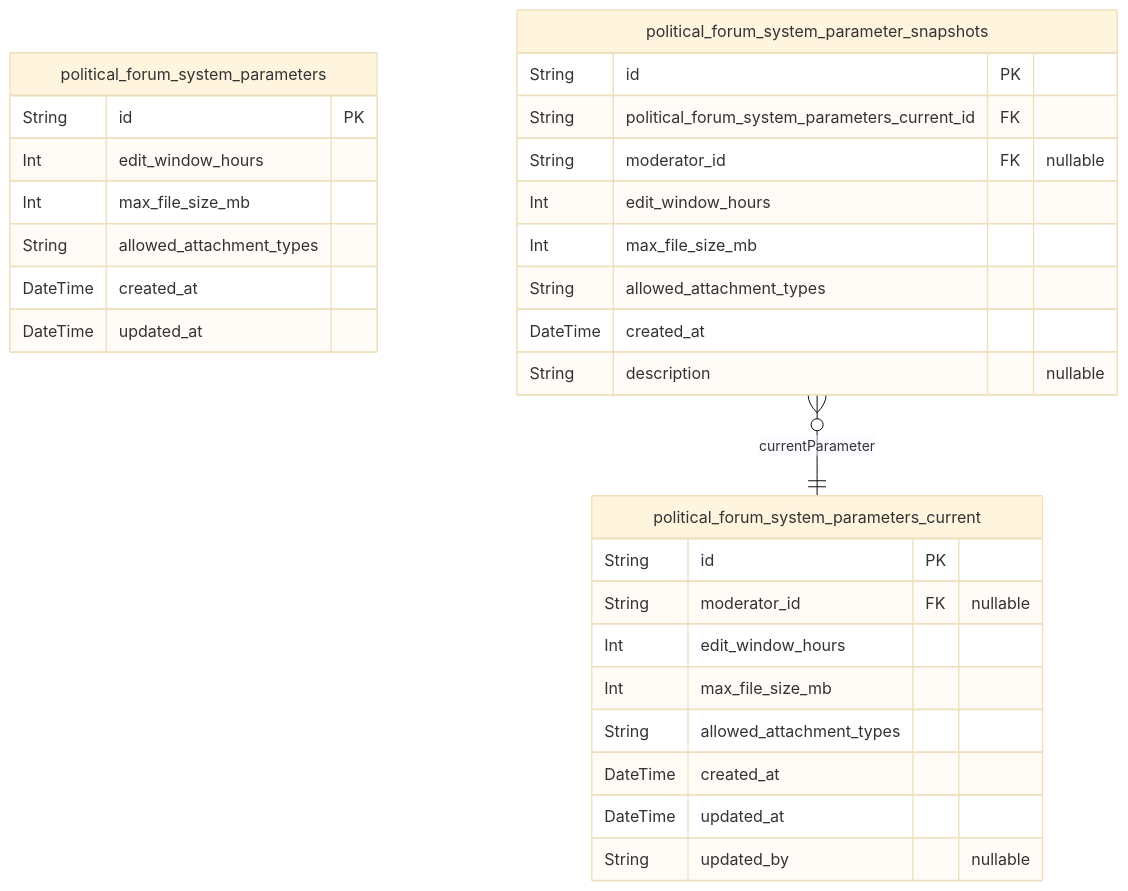
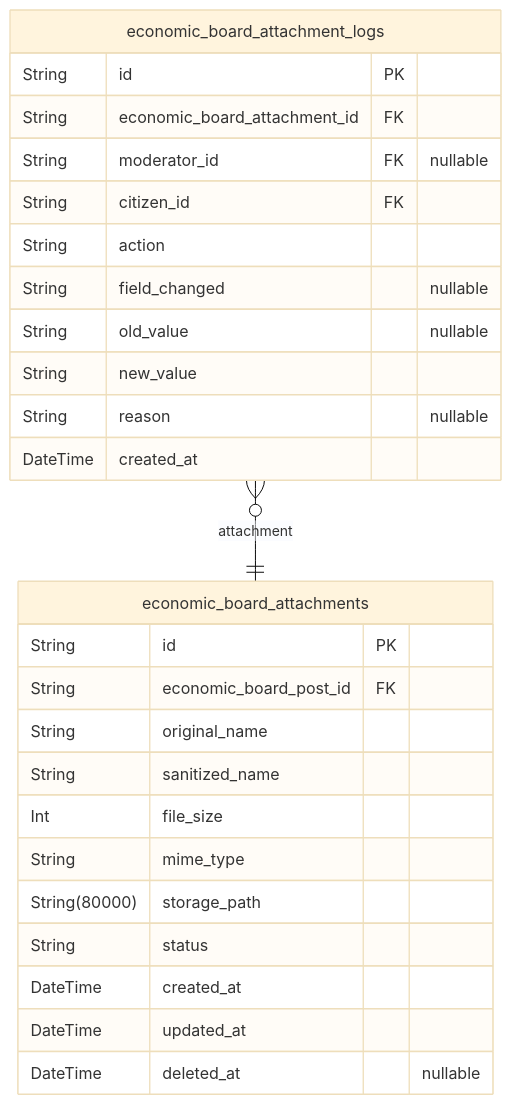
One commit to wrtnlabs/autobe-examples changed the fourth of 6 diagrams in qwen/qwen3-next-80b-a3b-instruct/bbs/docs/ERD.md. Above: the diagram before and after it, drawn with Mermaid (base theme). The commit also changed other lines of this file and 22498 other files, not shown here.

````diff
--- a/qwen/qwen3-next-80b-a3b-instruct/bbs/docs/ERD.md
+++ b/qwen/qwen3-next-80b-a3b-instruct/bbs/docs/ERD.md
@@ -596,32 +606,29 @@
 ```mermaid
 erDiagram
-"political_forum_system_parameters" {
+"economic_board_attachments" {
   String id PK
-  Int edit_window_hours
-  Int max_file_size_mb
-  String allowed_attachment_types
+  String economic_board_post_id FK
+  String original_name
+  String sanitized_name
+  Int file_size
+  String mime_type
+  String(80000) storage_path
+  String status
   DateTime created_at
   DateTime updated_at
+  DateTime deleted_at "nullable"
 }
-"political_forum_system_parameters_current" {
+"economic_board_attachment_logs" {
   String id PK
+  String economic_board_attachment_id FK
   String moderator_id FK "nullable"
-  Int edit_window_hours
-  Int max_file_size_mb
-  String allowed_attachment_types
+  String citizen_id FK
+  String action
+  String field_changed "nullable"
+  String old_value "nullable"
+  String new_value
+  String reason "nullable"
   DateTime created_at
-  DateTime updated_at
-  String updated_by "nullable"
 }
-"political_forum_system_parameter_snapshots" {
-  String id PK
-  String political_forum_system_parameters_current_id FK
-  String moderator_id FK "nullable"
-  Int edit_window_hours
-  Int max_file_size_mb
-  String allowed_attachment_types
-  DateTime created_at
-  String description "nullable"
-}
-"political_forum_system_parameter_snapshots" }o--|| "political_forum_system_parameters_current" : currentParameter
+"economic_board_attachment_logs" }o--|| "economic_board_attachments" : attachment
 ```
````
